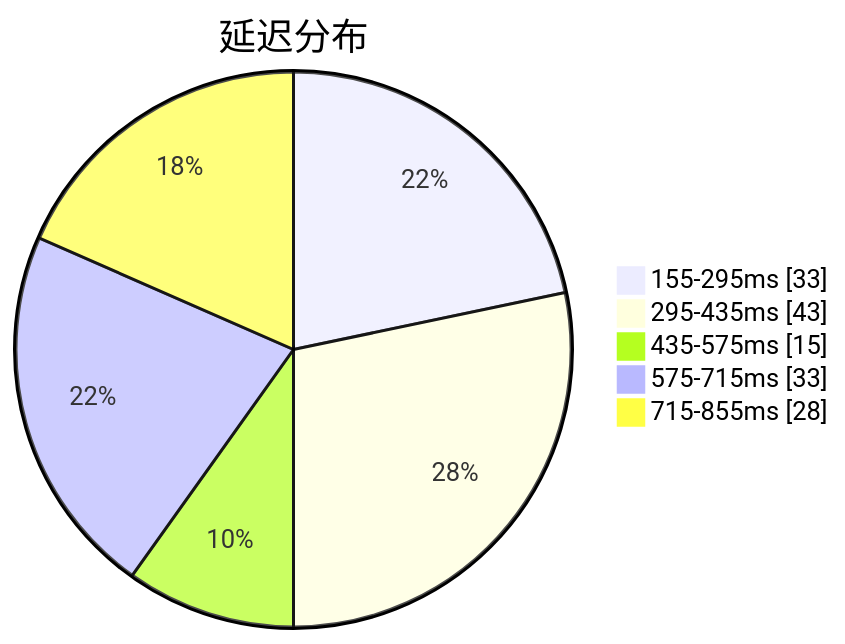
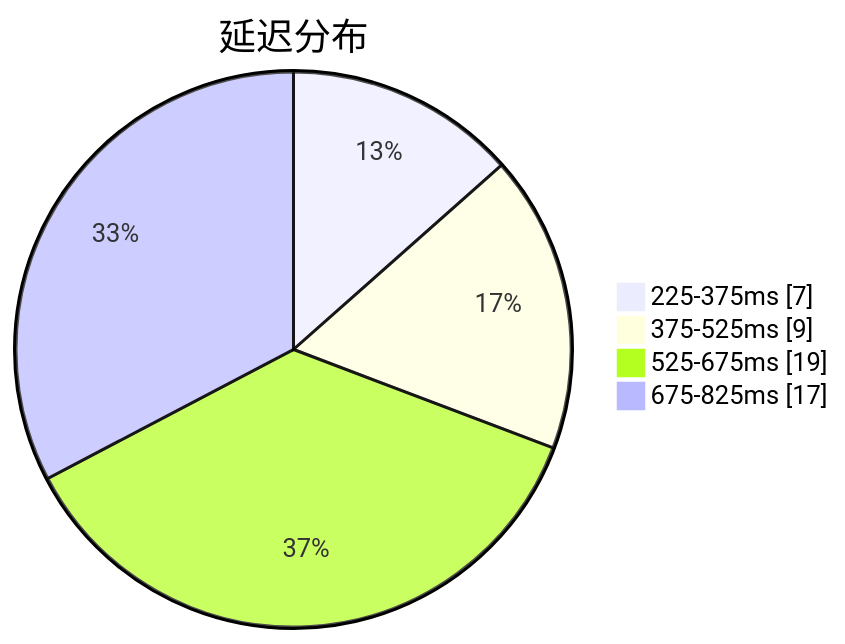
The first of 3 diagrams in subs/statistics/tested_within.md (qjlxg/airport), drawn with Mermaid before and after one commit. The commit also changed other lines of this file and 2 other files, not shown here.

Commit message:
Tested by metaST

````diff
--- a/subs/statistics/tested_within.md
+++ b/subs/statistics/tested_within.md
@@ -2,9 +2,8 @@
 ```mermaid
 pie showData
 title 延迟分布
-"155-295ms" : 33
-"295-435ms" : 43
-"435-575ms" : 15
-"575-715ms" : 33
-"715-855ms" : 28
+"225-375ms" : 7
+"375-525ms" : 9
+"525-675ms" : 19
+"675-825ms" : 17
 ```
````
